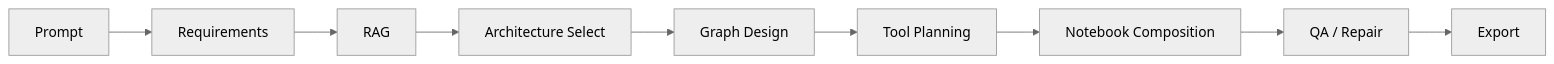
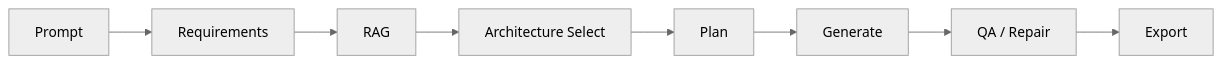
Before and after one commit to dhar174/langgraph_system_generator: the first of 2 diagrams in README.md, drawn with Mermaid (neutral theme). The commit also changed other lines of this file and 7 other files, not shown here.

````diff
--- a/README.md
+++ b/README.md
@@ -80,11 +80,10 @@
 ```mermaid
 graph LR
     Prompt[Prompt] --> Requirements[Requirements]
     Requirements --> RAG[RAG]
     RAG --> Architecture[Architecture Select]
-    Architecture --> Graph[Graph Design]
-    Graph --> Tools[Tool Planning]
-    Tools --> Notebook[Notebook Composition]
-    Notebook --> QA[QA / Repair]
+    Architecture --> Plan[Plan]
+    Plan --> Generate[Generate]
+    Generate --> QA[QA / Repair]
     QA --> Export[Export]
 ```
````
